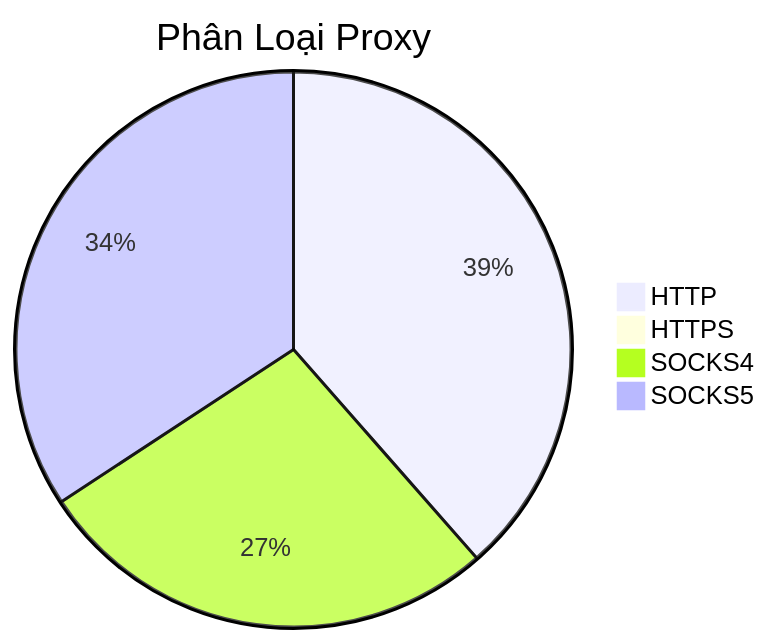
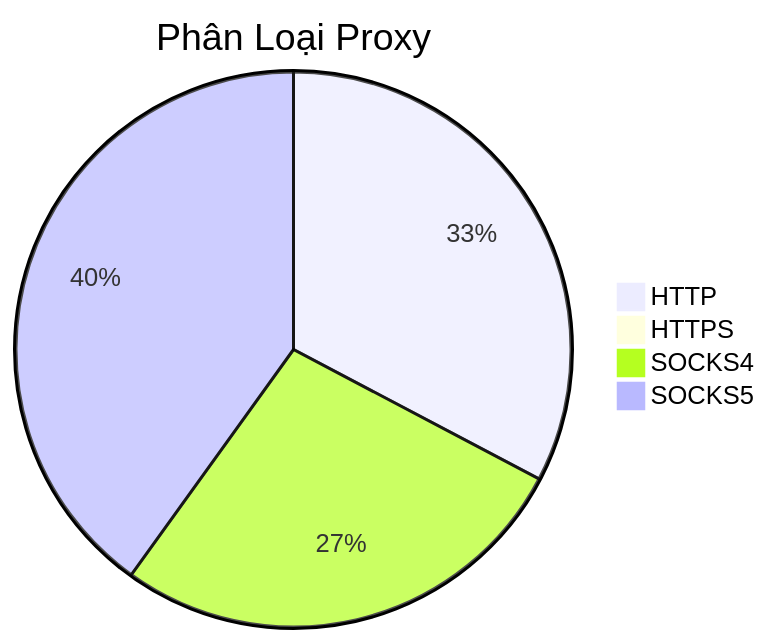
Before and after one commit to Ciara-12/PROXY-free: the diagram in README.md, drawn with Mermaid. The commit also changed other lines of this file and 4 other files, not shown here.

````diff
--- a/README.md
+++ b/README.md
@@ -26,7 +26,7 @@
 ```mermaid
 pie title Phân Loại Proxy
-    "HTTP" : 440
-    "HTTPS" : 0
+    "HTTP" : 374
+    "HTTPS" : 1
     "SOCKS4" : 311
-    "SOCKS5" : 391
+    "SOCKS5" : 458
 ```
````
